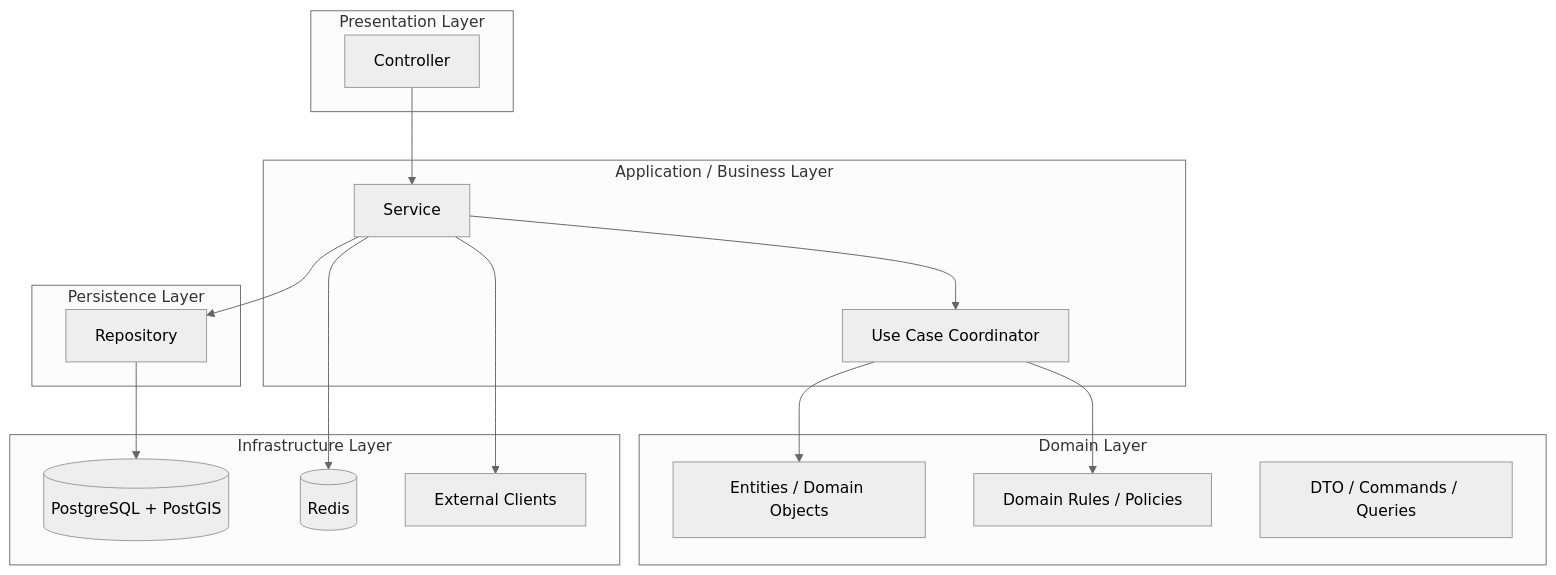
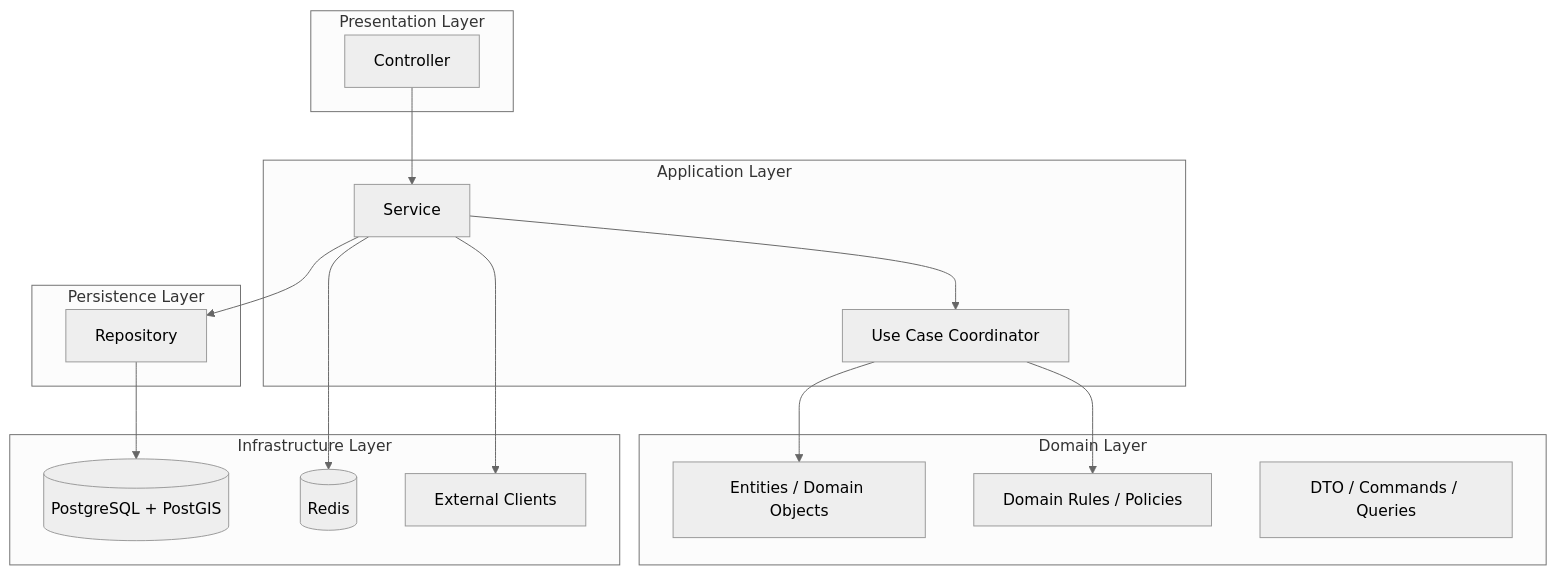
One commit to burlica1234/ridr changed the fifth of 7 diagrams in docs/architecture/architecture.md. Above: the diagram before and after it, drawn with Mermaid (neutral theme). The commit also changed other lines of this file and 1 other file, not shown here.

````diff
--- a/docs/architecture/architecture.md
+++ b/docs/architecture/architecture.md
@@ -222,36 +205,36 @@
 ```mermaid
 flowchart TB
     subgraph PRES["Presentation Layer"]
         CTRL[Controller]
     end
 
-    subgraph BUS["Application / Business Layer"]
+    subgraph APP["Application Layer"]
         SVC[Service]
         UC[Use Case Coordinator]
     end
 
-    subgraph DOM["Domain Layer"]
+    subgraph DOMAIN["Domain Layer"]
         ENT[Entities / Domain Objects]
         RULES[Domain Rules / Policies]
         DTO[DTO / Commands / Queries]
     end
 
     subgraph PERS["Persistence Layer"]
         REPO[Repository]
     end
 
-    subgraph DATA["Infrastructure Layer"]
+    subgraph INFRA["Infrastructure Layer"]
         DB[(PostgreSQL + PostGIS)]
         CACHE[(Redis)]
         EXT[External Clients]
     end
 
     CTRL --> SVC
     SVC --> UC
     UC --> ENT
     UC --> RULES
     SVC --> REPO
     REPO --> DB
     SVC --> CACHE
     SVC --> EXT
 ```
````
